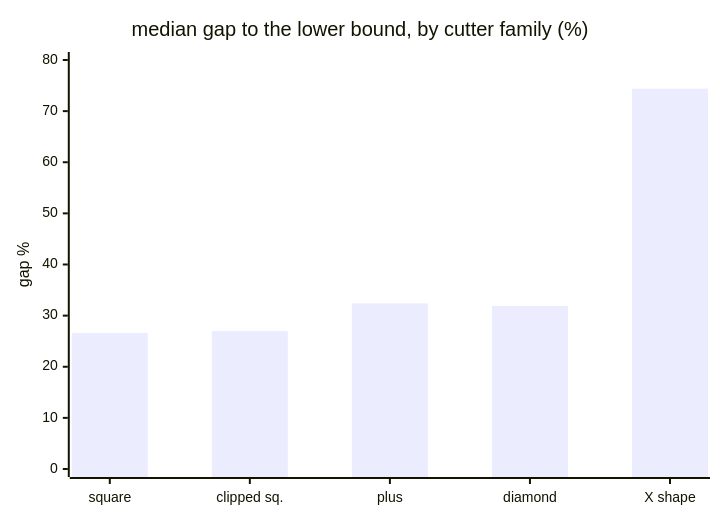
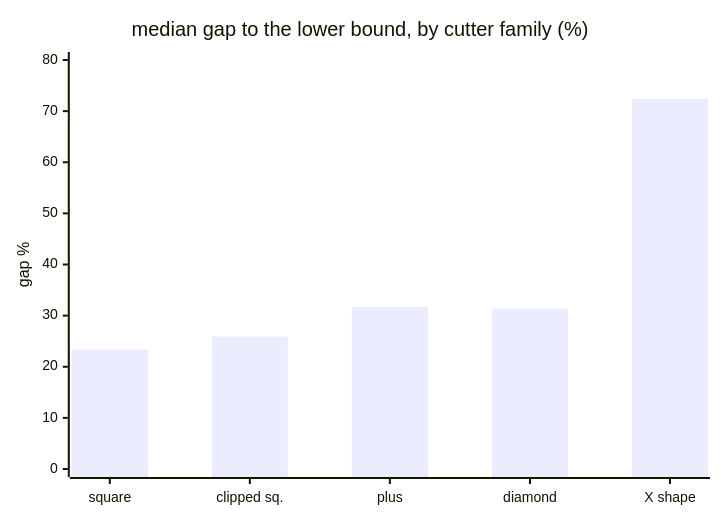
One commit to voltro33/CG-SHOP-2027 changed the seventh of 7 diagrams in docs/how-it-works.md. Above: the diagram before and after it, drawn with Mermaid. The commit also changed other lines of this file and 2 other files, not shown here.

````diff
--- a/docs/how-it-works.md
+++ b/docs/how-it-works.md
@@ -374,7 +378,7 @@
 ```mermaid
 xychart-beta
     title "median gap to the lower bound, by cutter family (%)"
     x-axis ["square", "clipped sq.", "plus", "diamond", "X shape"]
     y-axis "gap %" 0 --> 80
-    bar [26.6, 27.0, 32.4, 31.9, 74.4]
+    bar [23.4, 25.9, 31.7, 31.4, 72.4]
 ```
````
